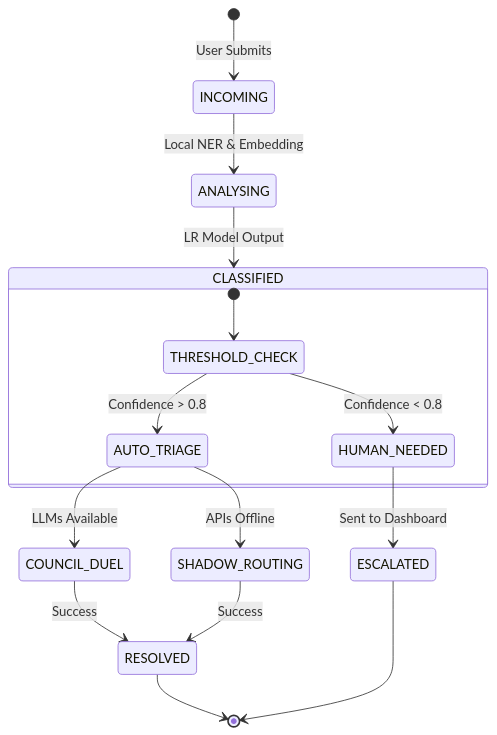
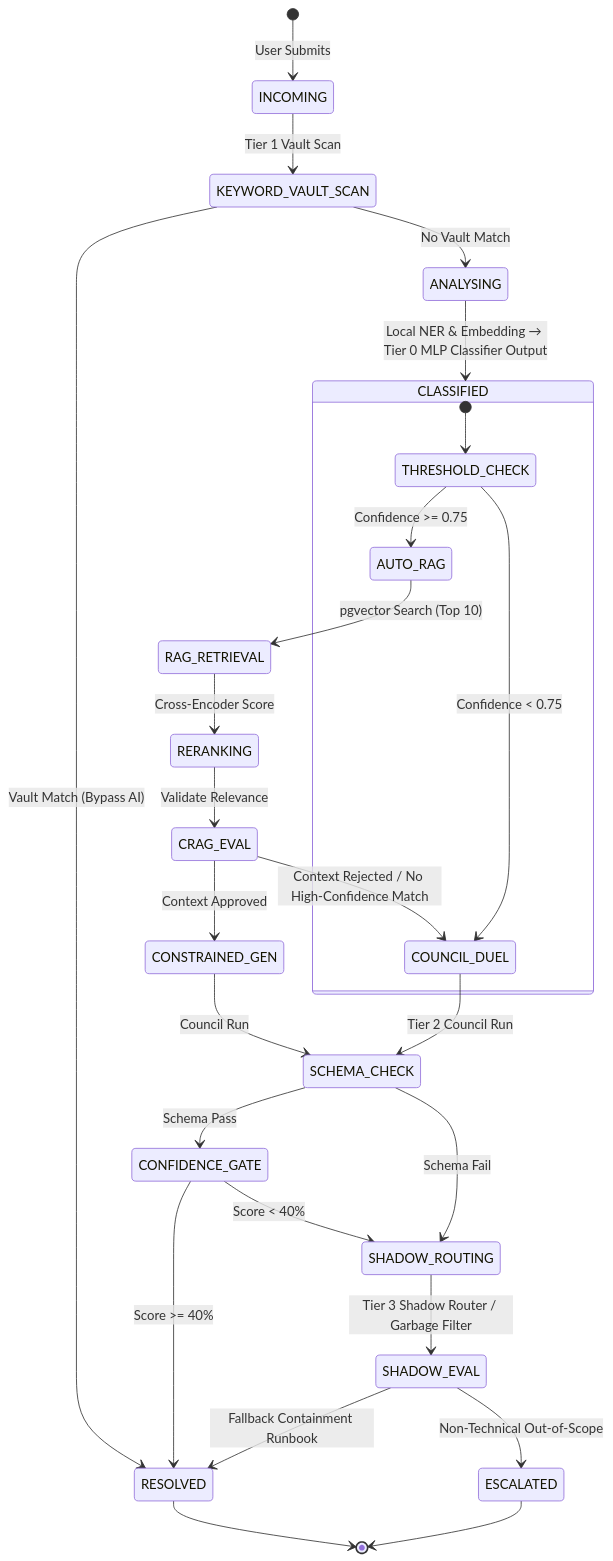
One commit to bitbroke/NASSCOM-helpdesk changed the fifth of 5 diagrams in PROJECT_DESCRIPTION.md. Above: the diagram before and after it, drawn with Mermaid. The commit also changed other lines of this file and 43 other files, not shown here.

Commit message:
feat: implement 4-tier triage pipeline, edge rate limiting, local MLP classifier, and mascot state synchronization

````diff
--- a/PROJECT_DESCRIPTION.md
+++ b/PROJECT_DESCRIPTION.md
@@ -162,22 +241,39 @@
 ```mermaid
 stateDiagram-v2
     [*] --> INCOMING: User Submits
-    INCOMING --> ANALYSING: Local NER & Embedding
-    ANALYSING --> CLASSIFIED: LR Model Output
+    
+    INCOMING --> KEYWORD_VAULT_SCAN: Tier 1 Vault Scan
+    KEYWORD_VAULT_SCAN --> RESOLVED: Vault Match (Bypass AI)
+    KEYWORD_VAULT_SCAN --> ANALYSING: No Vault Match
+
+    ANALYSING --> CLASSIFIED: Local NER & Embedding → Tier 0 MLP Classifier Output
     
     state CLASSIFIED {
         [*] --> THRESHOLD_CHECK
-        THRESHOLD_CHECK --> AUTO_TRIAGE: Confidence > 0.8
-        THRESHOLD_CHECK --> HUMAN_NEEDED: Confidence < 0.8
+        THRESHOLD_CHECK --> AUTO_RAG: Confidence >= 0.75
+        THRESHOLD_CHECK --> COUNCIL_DUEL: Confidence < 0.75
     }
 
-    AUTO_TRIAGE --> COUNCIL_DUEL: LLMs Available
-    AUTO_TRIAGE --> SHADOW_ROUTING: APIs Offline
+    AUTO_RAG --> RAG_RETRIEVAL: pgvector Search (Top 10)
+    RAG_RETRIEVAL --> RERANKING: Cross-Encoder Score
+    RERANKING --> CRAG_EVAL: Validate Relevance
     
-    COUNCIL_DUEL --> RESOLVED: Success
-    SHADOW_ROUTING --> RESOLVED: Success
+    CRAG_EVAL --> CONSTRAINED_GEN: Context Approved
+    CRAG_EVAL --> COUNCIL_DUEL: Context Rejected / No High-Confidence Match
     
-    HUMAN_NEEDED --> ESCALATED: Sent to Dashboard
+    COUNCIL_DUEL --> SCHEMA_CHECK: Tier 2 Council Run
+    CONSTRAINED_GEN --> SCHEMA_CHECK: Council Run
+    
+    SCHEMA_CHECK --> CONFIDENCE_GATE: Schema Pass
+    SCHEMA_CHECK --> SHADOW_ROUTING: Schema Fail
+    
+    CONFIDENCE_GATE --> RESOLVED: Score >= 40%
+    CONFIDENCE_GATE --> SHADOW_ROUTING: Score < 40%
+    
+    SHADOW_ROUTING --> SHADOW_EVAL: Tier 3 Shadow Router / Garbage Filter
+    SHADOW_EVAL --> RESOLVED: Fallback Containment Runbook
+    SHADOW_EVAL --> ESCALATED: Non-Technical Out-of-Scope
+
     RESOLVED --> [*]
     ESCALATED --> [*]
 ```
````
